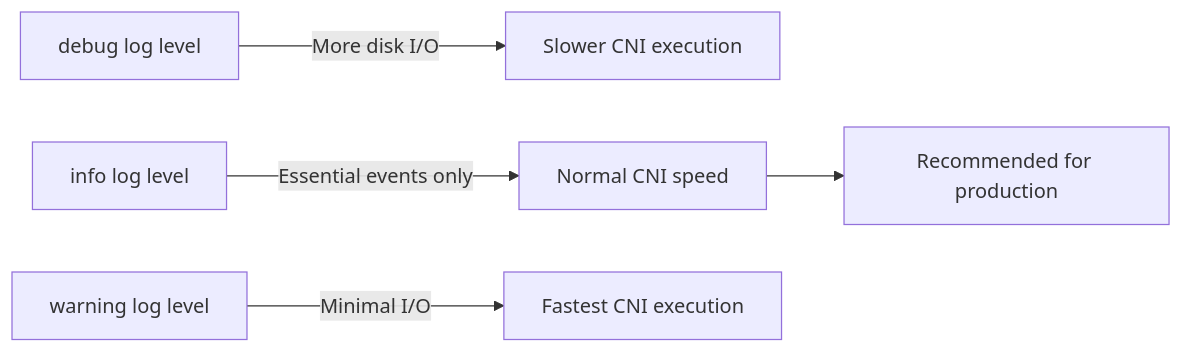
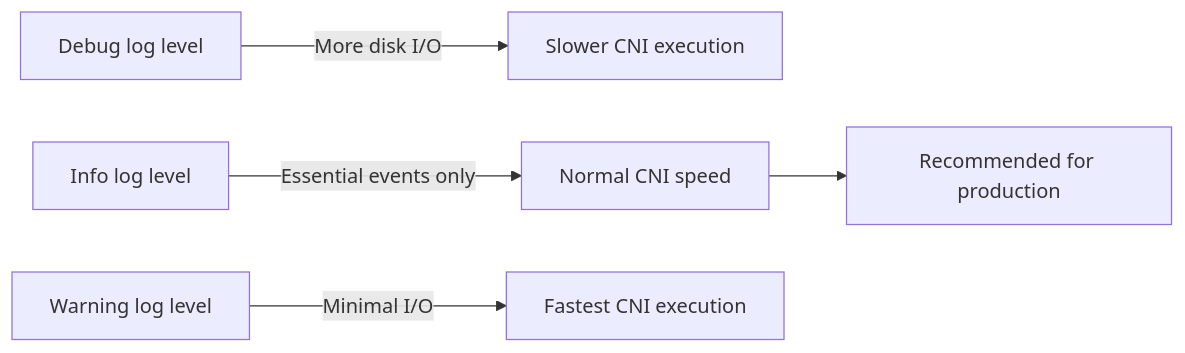
Before and after one commit to OneUptime/blog: the diagram in posts/2026-03-13-optimize-calico-cni-plugin/README.md, drawn with Mermaid. The commit also changed other lines of this file and 2 other files, not shown here.

Commit message:
validate: 2026-03-13-optimize-calico-cni-plugin

````diff
--- a/posts/2026-03-13-optimize-calico-cni-plugin/README.md
+++ b/posts/2026-03-13-optimize-calico-cni-plugin/README.md
@@ -64,7 +83,7 @@
 ```mermaid
 graph LR
-    A[debug log level] -->|More disk I/O| B[Slower CNI execution]
-    C[info log level] -->|Essential events only| D[Normal CNI speed]
-    E[warning log level] -->|Minimal I/O| F[Fastest CNI execution]
+    A[Debug log level] -->|More disk I/O| B[Slower CNI execution]
+    C[Info log level] -->|Essential events only| D[Normal CNI speed]
+    E[Warning log level] -->|Minimal I/O| F[Fastest CNI execution]
     D --> G[Recommended for production]
 ```
````
